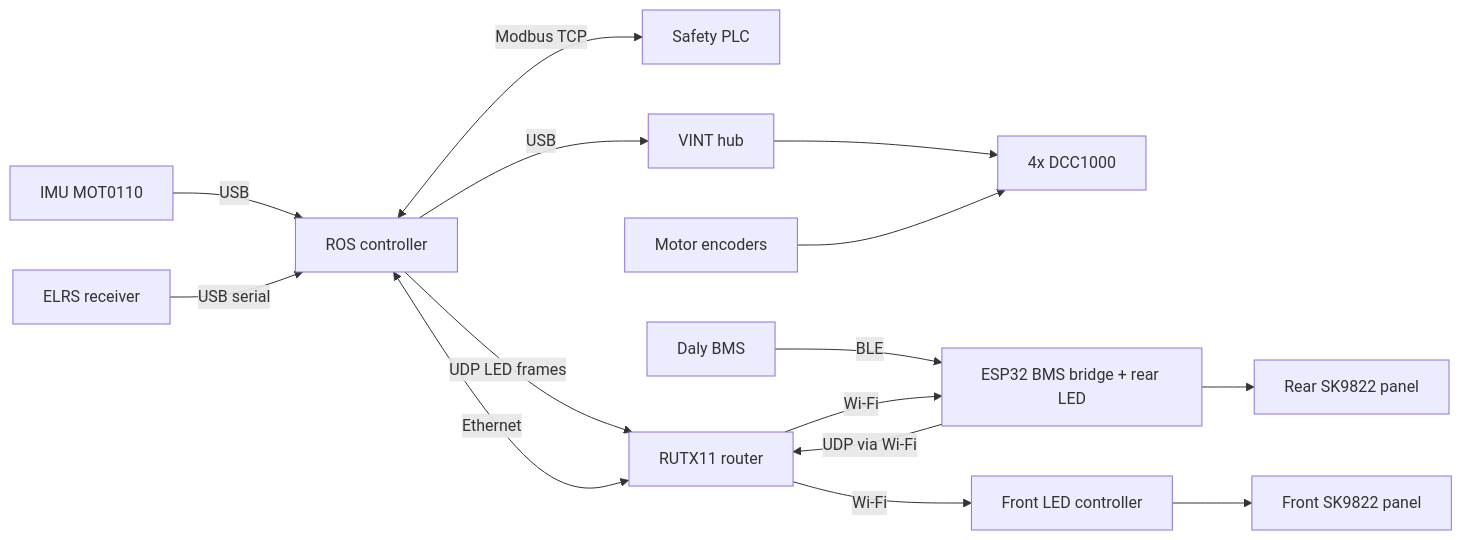
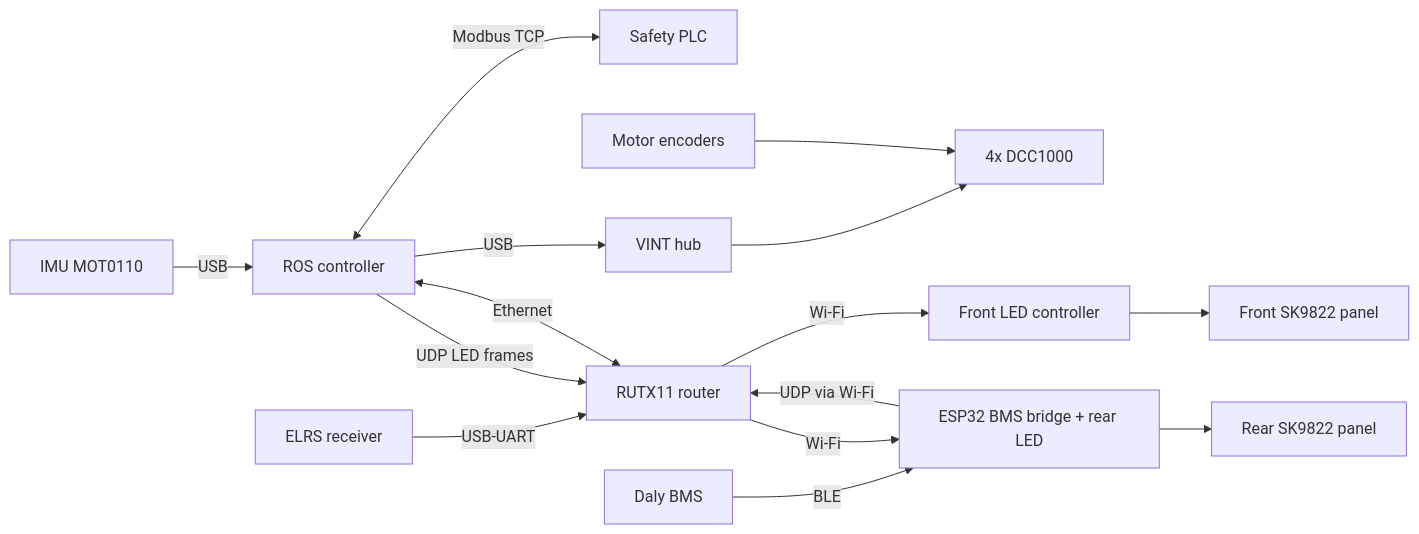
The second of 2 diagrams in docs/hardware/components.md (RaduPotlog/rover_ros), drawn with Mermaid before and after one commit. The commit also changed other lines of this file and 113 other files, not shown here.

````diff
--- a/docs/hardware/components.md
+++ b/docs/hardware/components.md
@@ -90,17 +90,17 @@
 ```mermaid
 flowchart LR
     PC["ROS controller"] <-->|"Modbus TCP"| PLC["Safety PLC"]
     PC -->|USB| HUB["VINT hub"]
     HUB --> DRV["4x DCC1000"]
     M["Motor encoders"] --> DRV
     IMU["IMU MOT0110"] -->|USB| PC
-    ELRS["ELRS receiver"] -->|"USB serial"| PC
+    ELRS["ELRS receiver"] -->|"USB-UART"| RT
     BMS["Daly BMS"] -->|BLE| ESP["ESP32 BMS bridge + rear LED"]
     ESP -->|"UDP via Wi-Fi"| RT["RUTX11 router"]
     RT <-->|Ethernet| PC
     PC -->|"UDP LED frames"| RT
     RT -->|Wi-Fi| ESP
     RT -->|Wi-Fi| FLED["Front LED controller"]
     ESP --> RLED["Rear SK9822 panel"]
     FLED --> FPANEL["Front SK9822 panel"]
 ```
````
